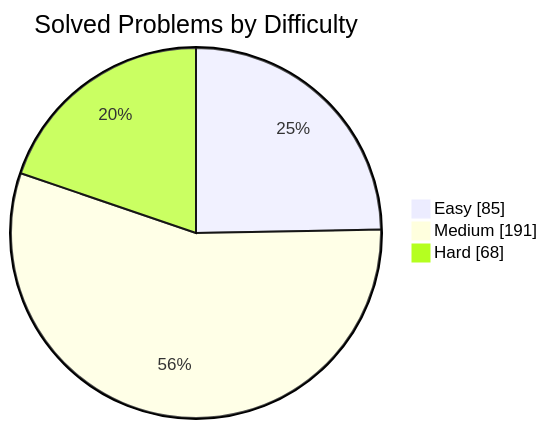
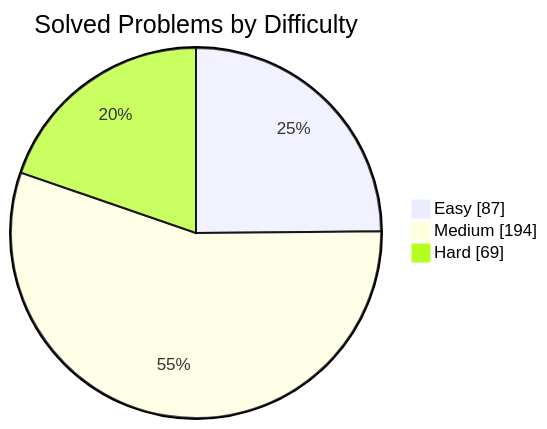
Before and after one commit to manikantbindass/DSA-Preparation-FAANG: the first of 2 diagrams in README.md, drawn with Mermaid. The commit also changed other lines of this file and 1 other file, not shown here.

````diff
--- a/README.md
+++ b/README.md
@@ -77,7 +77,7 @@
 ```mermaid
 pie showData
     title Solved Problems by Difficulty
-    "Easy" : 85
-    "Medium" : 191
-    "Hard" : 68
+    "Easy" : 87
+    "Medium" : 194
+    "Hard" : 69
 ```
````
